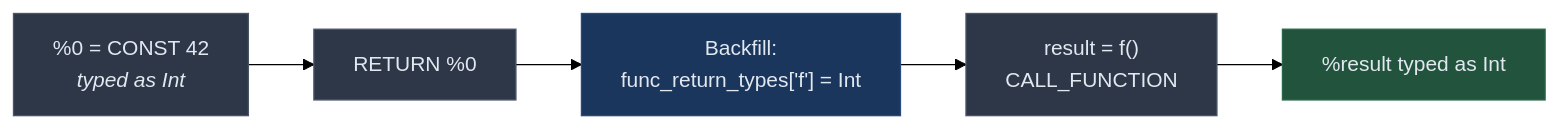
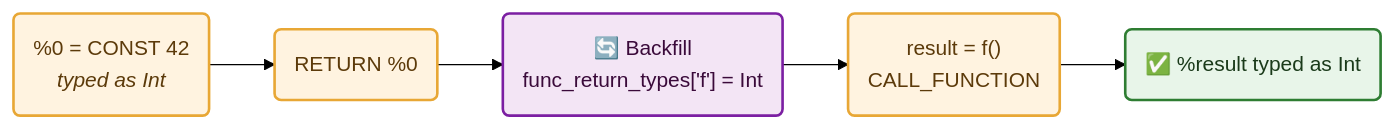
The ninth of 9 diagrams in _posts/2026-03-01-designing-reddragon-multi-language-code-analysis.md (asengupta/avishek.net), drawn with Mermaid (forest theme) before and after one commit. The commit also changed other lines of this file and 2 other files, not shown here.

First line of the commit message:
Beautify mermaid diagrams across all three posts, add Tools section and execution loop

````diff
--- a/_posts/2026-03-01-designing-reddragon-multi-language-code-analysis.md
+++ b/_posts/2026-03-01-designing-reddragon-multi-language-code-analysis.md
@@ -1172,15 +1252,15 @@
 ```mermaid
 %%{ init: { "flowchart": { "curve": "stepBefore" } } }%%
 flowchart LR
-    CONST["%0 = CONST 42<br/><i>typed as Int</i>"]
-    CONST --> RET["RETURN %0"]
-    RET --> BF["Backfill:<br/>func_return_types['f'] = Int"]
-    BF --> CALL["result = f()<br/>CALL_FUNCTION"]
-    CALL --> TYPED["%result typed as Int"]
+    CONST("%0 = CONST 42<br/><i>typed as Int</i>"):::ir
+    RET("RETURN %0"):::ir
+    BF("🔄 Backfill<br/>func_return_types['f'] = Int"):::infer
+    CALL("result = f()<br/>CALL_FUNCTION"):::ir
+    TYPED("✅ %result typed as Int"):::output
 
-    style CONST fill:#2d3748,stroke:#4a5568,color:#e2e8f0
-    style RET fill:#2d3748,stroke:#4a5568,color:#e2e8f0
-    style BF fill:#1a365d,stroke:#2a4a7f,color:#e2e8f0
-    style CALL fill:#2d3748,stroke:#4a5568,color:#e2e8f0
-    style TYPED fill:#22543d,stroke:#276749,color:#e2e8f0
+    CONST --> RET --> BF --> CALL --> TYPED
+
+    classDef ir fill:#fff3e0,stroke:#e8a735,stroke-width:2px,color:#5c3a0a
+    classDef infer fill:#f3e5f5,stroke:#7b1fa2,stroke-width:2px,color:#3a0a3a
+    classDef output fill:#e8f5e9,stroke:#2e7d32,stroke-width:2px,color:#1a3a1a
 ```
````
